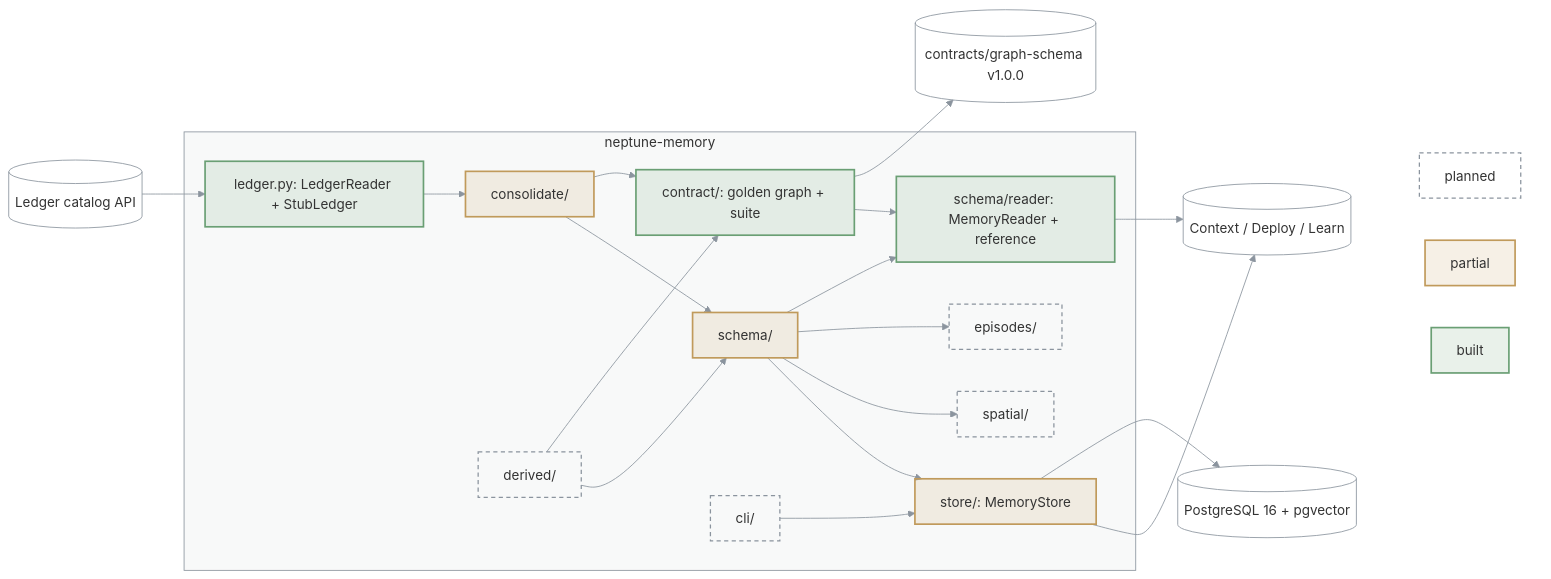
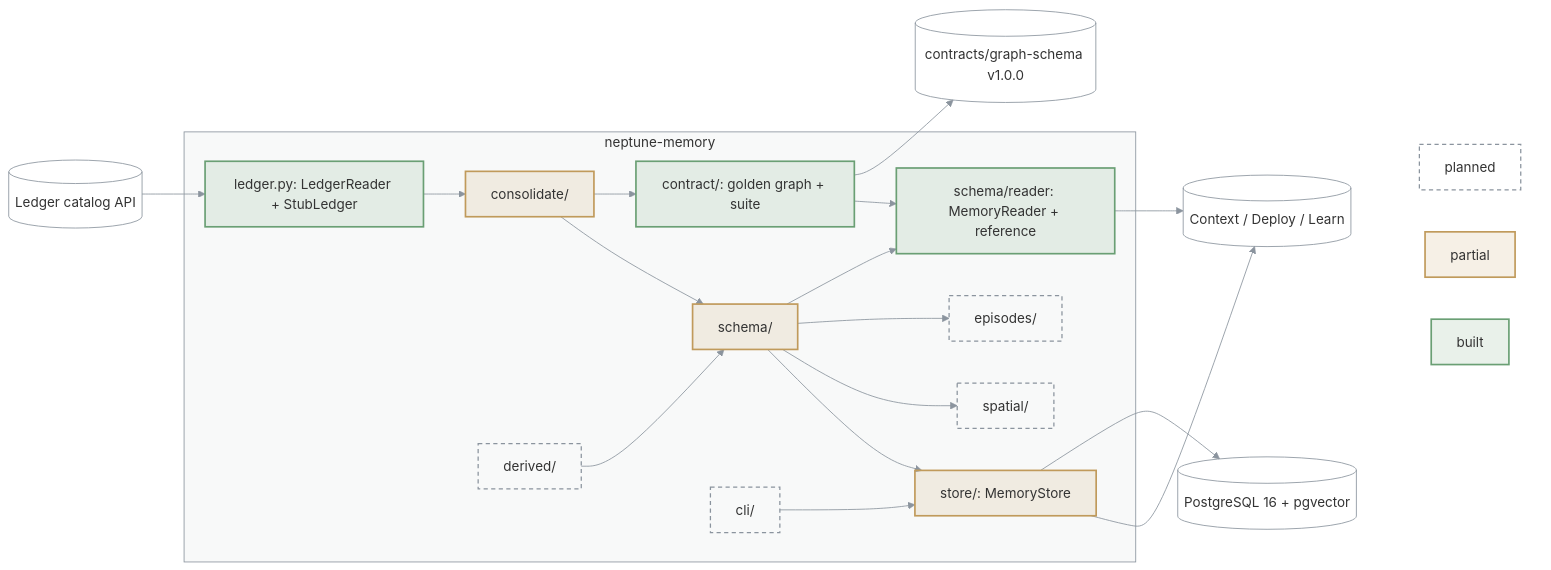
Before and after one commit to bennytay/neptune: the diagram in packages/neptune-memory/ARCHITECTURE.md, drawn with Mermaid. The commit also changed 22 other files, not shown here.

First line of the commit message:
fix(memory): enrich the golden graph and close the PR #60 review findings

````diff
--- a/packages/neptune-memory/ARCHITECTURE.md
+++ b/packages/neptune-memory/ARCHITECTURE.md
@@ -3,48 +3,48 @@
 ```mermaid
 flowchart LR
   LED[("Ledger catalog API")]
   PG[("PostgreSQL 16 + pgvector")]
   subgraph M["neptune-memory"]
     SEAM["ledger.py: LedgerReader + StubLedger"]
     CON["consolidate/"]
     DER["derived/"]
     SCH["schema/"]
     RD["schema/reader: MemoryReader + reference"]
     CT["contract/: golden graph + suite"]
     STO["store/: MemoryStore"]
     SPA["spatial/"]
     EPI["episodes/"]
     CLI["cli/"]
   end
   OUT[("Context / Deploy / Learn")]
   LED --> SEAM --> CON --> SCH --> STO
   DER --> SCH
   SCH --> SPA & EPI
   SCH --> RD --> OUT
-  CON & DER --> CT --> RD
+  CON --> CT --> RD
   CT --> REG[("contracts/graph-schema v1.0.0")]
   STO --> OUT
   CLI --> STO
   STO --> PG
 
   subgraph KEY[" "]
     K1["built"]
     K2["partial"]
     K3["planned"]
   end
   OUT ~~~ K1 & K2 & K3
 
   classDef built fill:#6a9f7426,stroke:#6a9f74,stroke-width:2px
   classDef partial fill:#c09a5b26,stroke:#c09a5b,stroke-width:2px
   classDef todo fill:none,stroke:#8b949e,stroke-width:1.5px,stroke-dasharray:5 4
   classDef ext fill:none,stroke:#8b949e,stroke-width:1px
   class K1 built
   class K2 partial
   class DER,SPA,EPI,CLI,K3 todo
   class CON,SCH,STO partial
   class SEAM,RD,CT built
   class LED,OUT,PG,REG ext
   style M fill:#8b949e0f,stroke:#8b949e
   style KEY fill:none,stroke:none
   linkStyle default stroke:#8b949e
 ```
````
